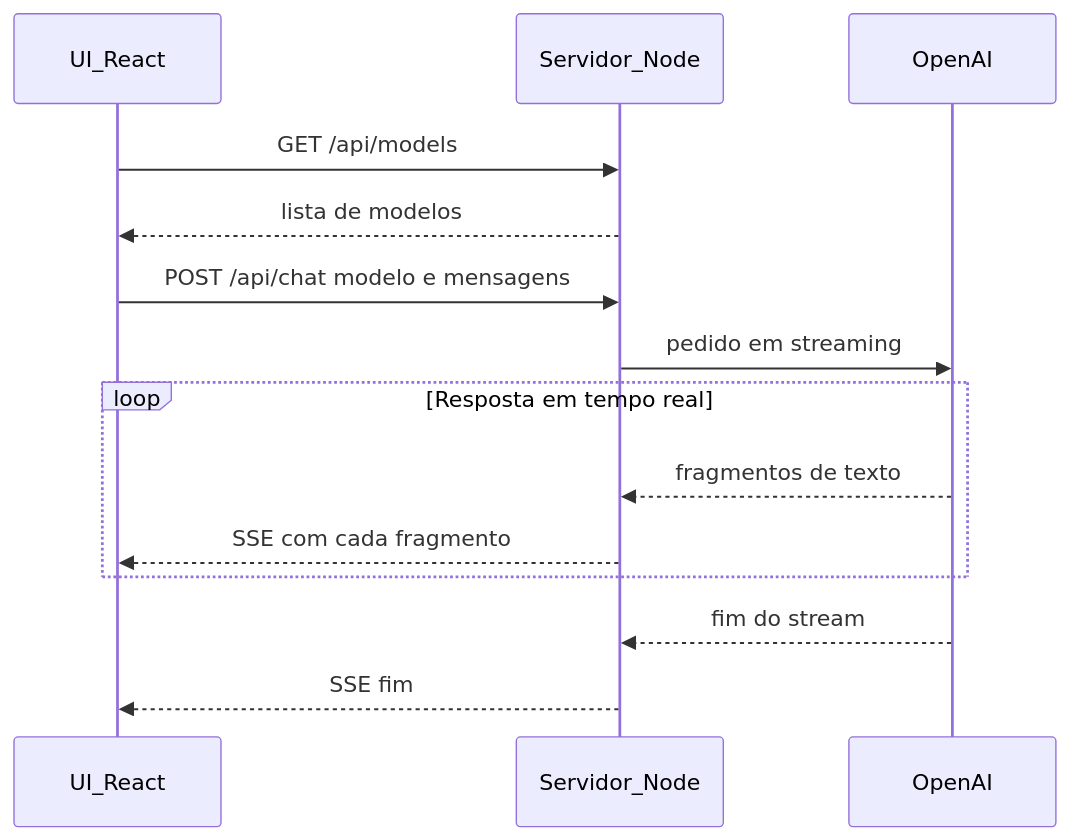
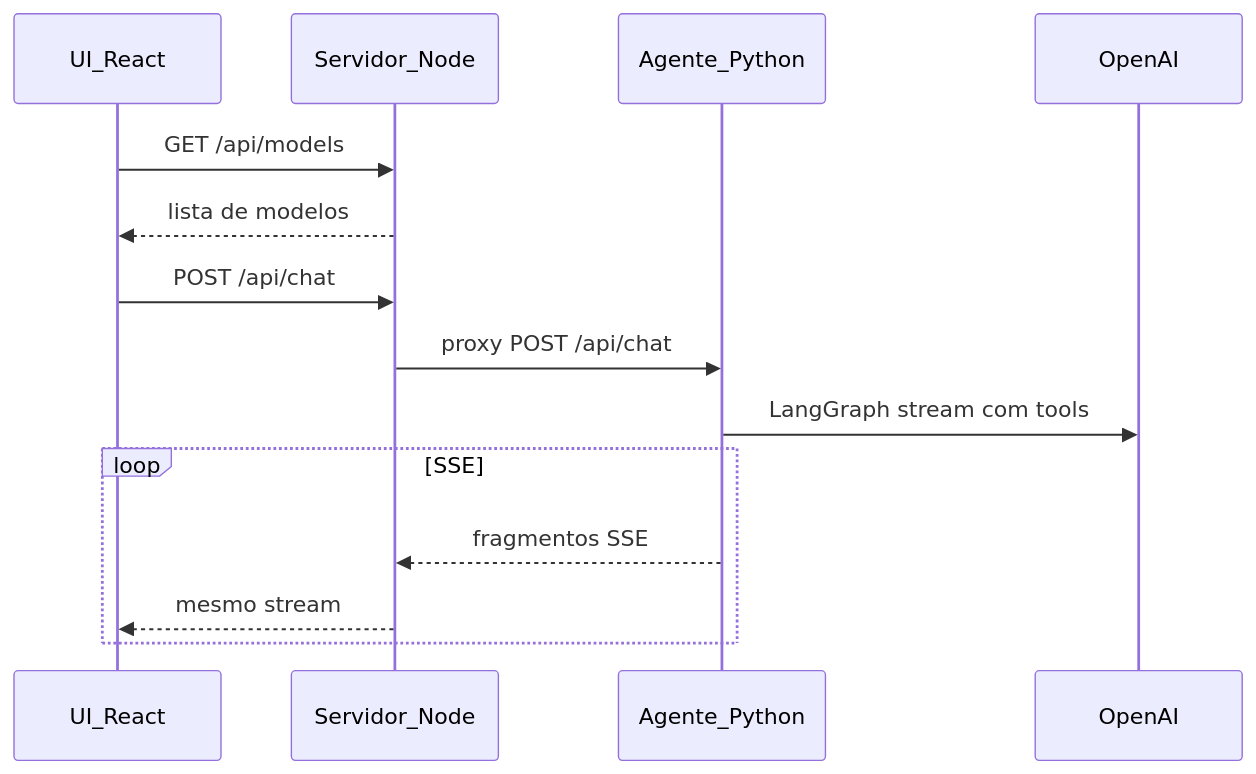
The diagram in README.md (Waelson/studio-chat), drawn with Mermaid before and after one commit. The commit also changed other lines of this file and 17 other files, not shown here.

First line of the commit message:
feat: agente Python LangGraph, PDF, proxy SSE e dev:full

````diff
--- a/README.md
+++ b/README.md
@@ -13,18 +13,18 @@
 ```mermaid
 sequenceDiagram
   participant UI as UI_React
-  participant S as Servidor_Node
+  participant Node as Servidor_Node
+  participant Py as Agente_Python
   participant OAI as OpenAI
 
-  UI->>S: GET /api/models
-  S-->>UI: lista de modelos
+  UI->>Node: GET /api/models
+  Node-->>UI: lista de modelos
 
-  UI->>S: POST /api/chat modelo e mensagens
-  S->>OAI: pedido em streaming
-  loop Resposta em tempo real
-    OAI-->>S: fragmentos de texto
-    S-->>UI: SSE com cada fragmento
+  UI->>Node: POST /api/chat
+  Node->>Py: proxy POST /api/chat
+  Py->>OAI: LangGraph stream com tools
+  loop SSE
+    Py-->>Node: fragmentos SSE
+    Node-->>UI: mesmo stream
   end
-  OAI-->>S: fim do stream
-  S-->>UI: SSE fim
 ```
````
